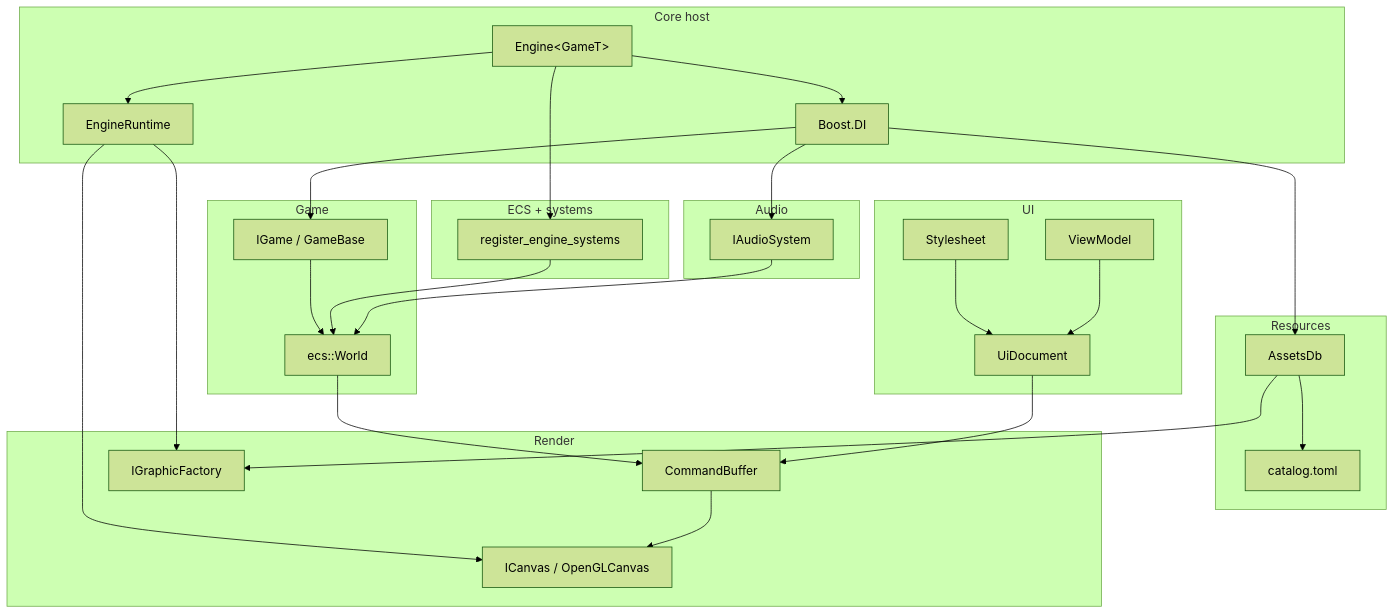
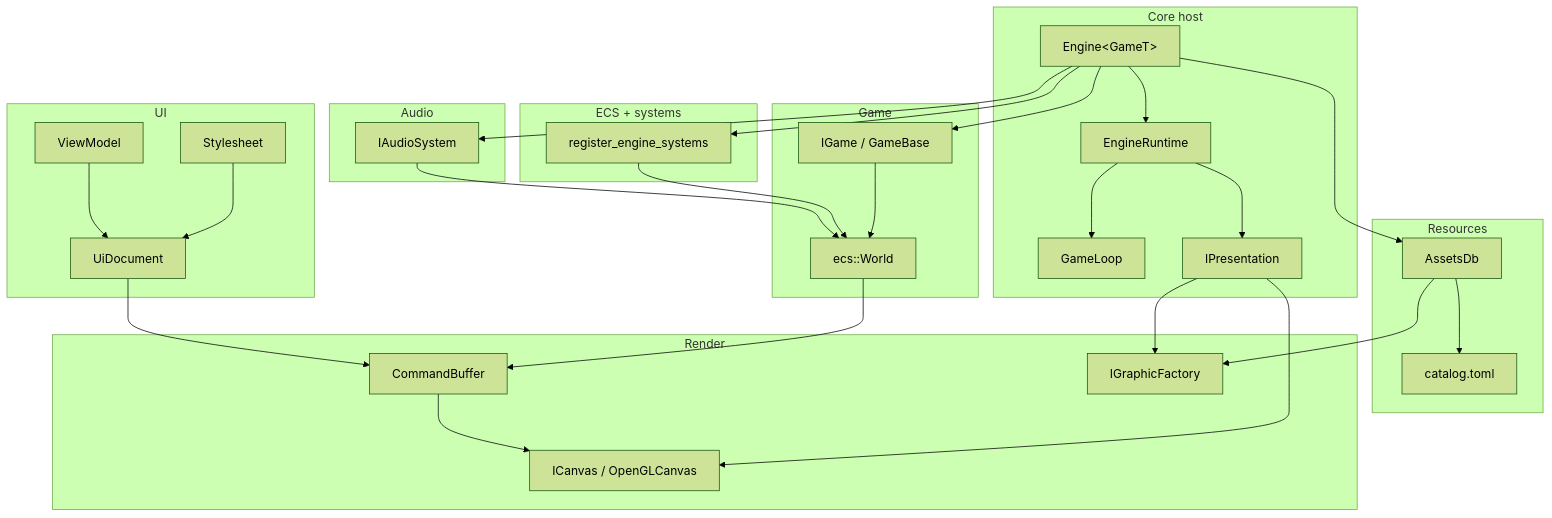
Before and after one commit to wismh/wind-engine: the diagram in docs/tech/architecture/Module Map.md, drawn with Mermaid (forest theme). The commit also changed other lines of this file and 39 other files, not shown here.

````diff
--- a/docs/tech/architecture/Module Map.md
+++ b/docs/tech/architecture/Module Map.md
@@ -9,57 +9,59 @@
 ```mermaid
 flowchart TB
   subgraph host [Core host]
     Eng["Engine&lt;GameT&gt;"]
     RT["EngineRuntime"]
-    DI["Boost.DI"]
+    Loop["GameLoop"]
+    Present["IPresentation"]
   end
 
   subgraph game [Game]
     IG["IGame / GameBase"]
     W["ecs::World"]
   end
 
   subgraph res [Resources]
     DB["AssetsDb"]
     Cat["catalog.toml"]
   end
 
   subgraph ecsmod [ECS + systems]
     Sys["register_engine_systems"]
   end
 
   subgraph rnd [Render]
     CB["CommandBuffer"]
     Fac["IGraphicFactory"]
     CV["ICanvas / OpenGLCanvas"]
   end
 
   subgraph uimod [UI]
     XML["UiDocument"]
     CSS["Stylesheet"]
     VM["ViewModel"]
   end
 
   subgraph aud [Audio]
     AS["IAudioSystem"]
   end
 
-  Eng --> DI
   Eng --> RT
-  DI --> IG
-  DI --> DB
-  DI --> AS
-  RT --> CV
-  RT --> Fac
+  Eng --> IG
+  Eng --> DB
+  Eng --> AS
+  RT --> Loop
+  RT --> Present
+  Present --> CV
+  Present --> Fac
   IG --> W
   Eng --> Sys
   Sys --> W
   DB --> Cat
   DB --> Fac
   W --> CB
   XML --> CB
   CSS --> XML
   VM --> XML
   AS --> W
   CB --> CV
 ```
````
